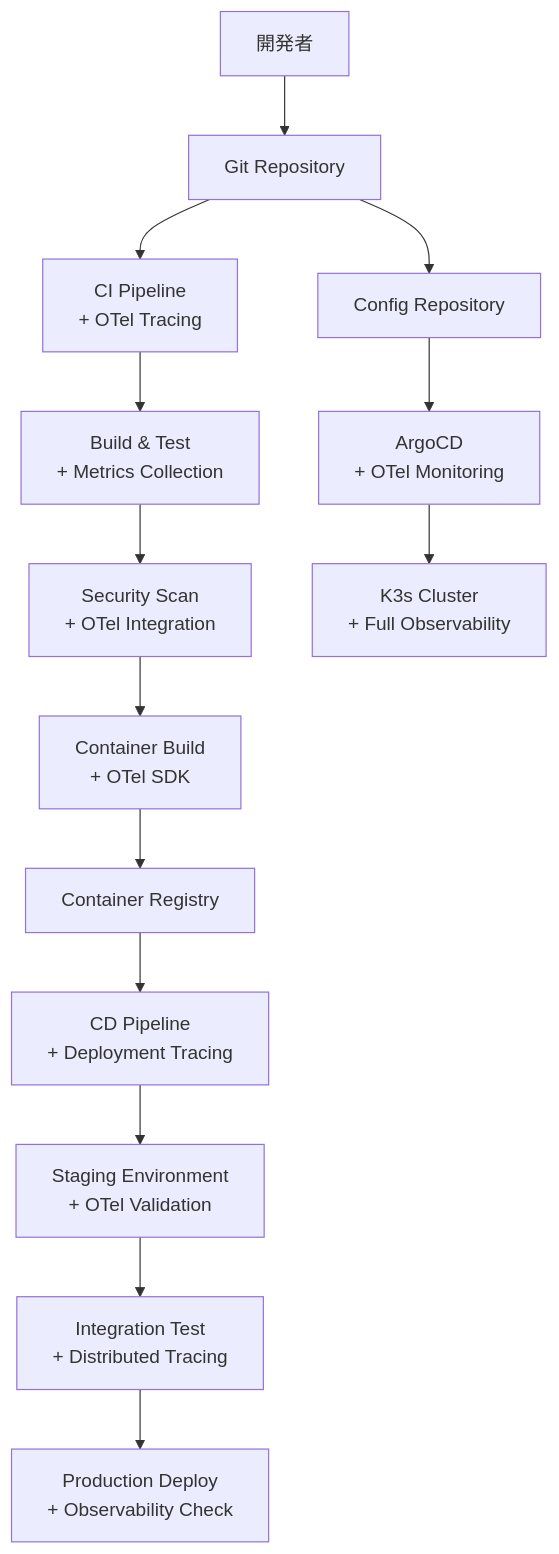
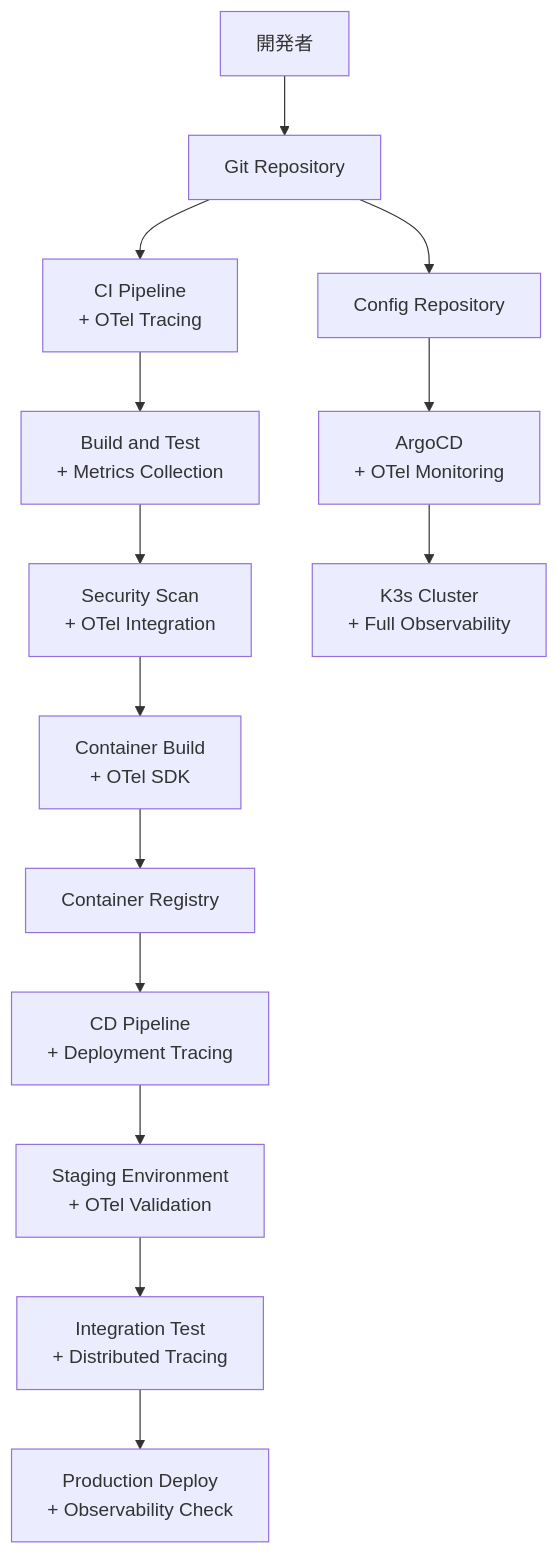
One commit to daichiTAAA/ImageFlowCanvas changed the diagram in docs/0300_設計_アプローチ1/0309_開発デプロイ設計.md. Above: the diagram before and after it, drawn with Mermaid. The commit also changed 7 other files, not shown here.

````diff
--- a/docs/0300_設計_アプローチ1/0309_開発デプロイ設計.md
+++ b/docs/0300_設計_アプローチ1/0309_開発デプロイ設計.md
@@ -21,17 +21,17 @@
 ```mermaid
 graph TD
     Dev[開発者] --> Git[Git Repository]
     Git --> CI[CI Pipeline<br/>+ OTel Tracing]
-    CI --> Build[Build & Test<br/>+ Metrics Collection]
+    CI --> Build[Build and Test<br/>+ Metrics Collection]
     Build --> Security[Security Scan<br/>+ OTel Integration]
     Security --> Package[Container Build<br/>+ OTel SDK]
     Package --> Registry[Container Registry]
     Registry --> CD[CD Pipeline<br/>+ Deployment Tracing]
     CD --> Staging[Staging Environment<br/>+ OTel Validation]
     Staging --> Test[Integration Test<br/>+ Distributed Tracing]
     Test --> Prod[Production Deploy<br/>+ Observability Check]
     
     Git --> Config[Config Repository]
     Config --> ArgoCD[ArgoCD<br/>+ OTel Monitoring]
     ArgoCD --> K3s[K3s Cluster<br/>+ Full Observability]
 ```
````
